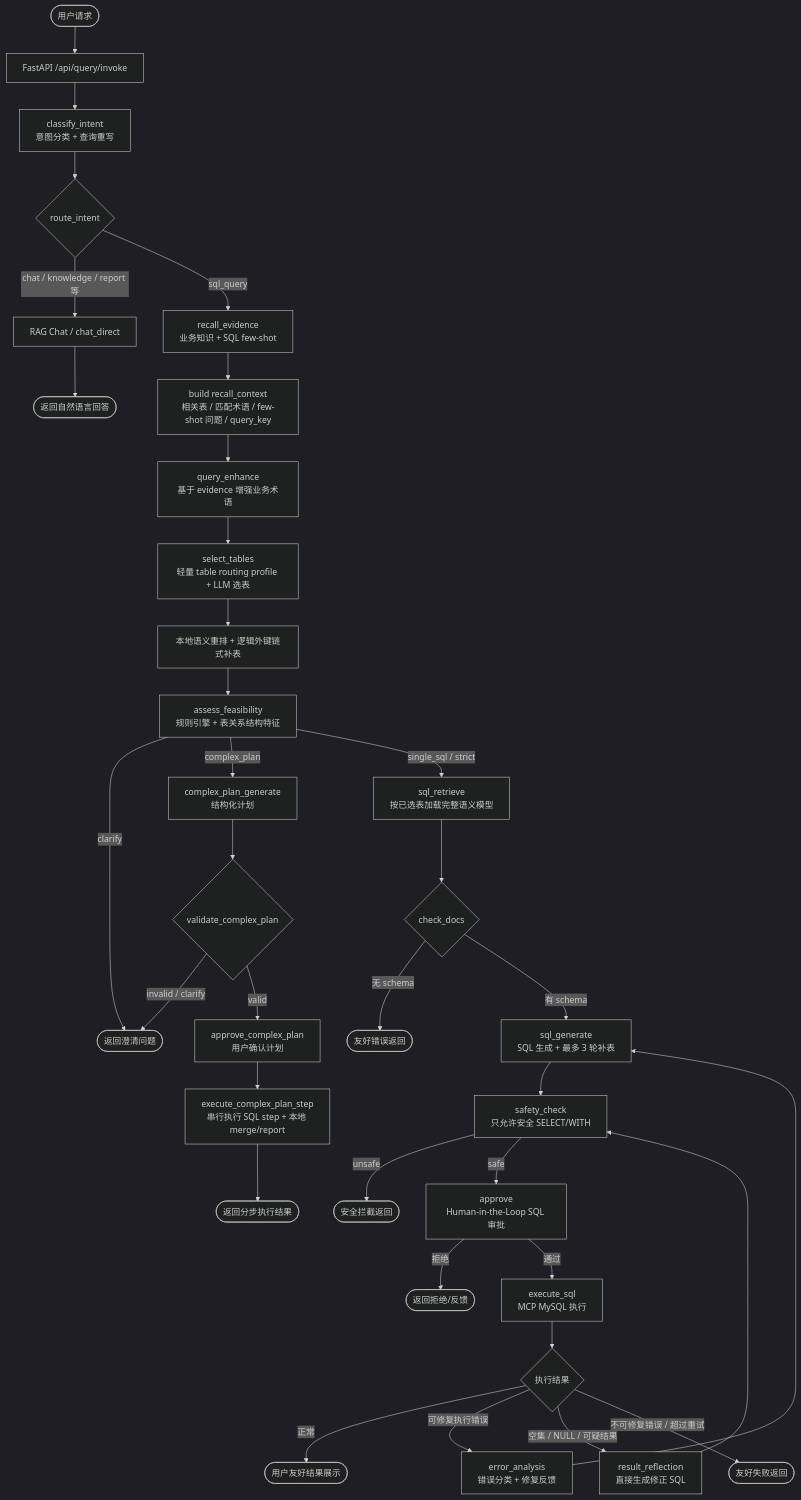
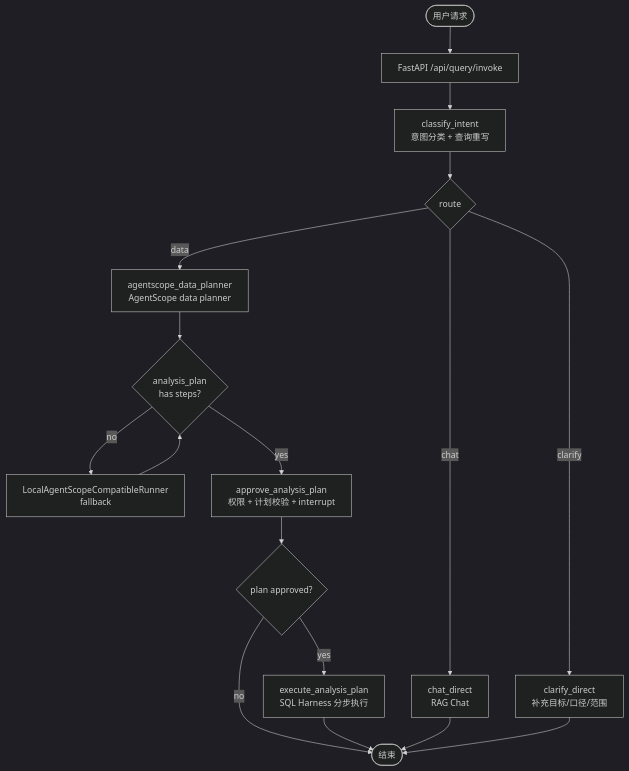
One commit to liangyuzhe/financial-copilot-platform changed the diagram in README.md. Above: the diagram before and after it, drawn with Mermaid (dark theme). The commit also changed other lines of this file and 184 other files, not shown here.

````diff
--- a/README.md
+++ b/README.md
@@ -96,42 +94,22 @@
 ```mermaid
 flowchart TD
     Start([用户请求]) --> API[FastAPI /api/query/invoke]
     API --> Classify[classify_intent<br/>意图分类 + 查询重写]
-    Classify --> Route{route_intent}
+    Classify --> Route{route}
 
-    Route -->|chat / knowledge / report 等| RagChat[RAG Chat / chat_direct]
-    RagChat --> ChatEnd([返回自然语言回答])
+    Route -->|chat| Chat[chat_direct<br/>RAG Chat]
+    Route -->|clarify| Clarify[clarify_direct<br/>补充目标/口径/范围]
+    Route -->|data| Planner[agentscope_data_planner<br/>AgentScope data planner]
 
-    Route -->|sql_query| Recall[recall_evidence<br/>业务知识 + SQL few-shot]
-    Recall --> RecallCtx[build recall_context<br/>相关表 / 匹配术语 / few-shot 问题 / query_key]
-    RecallCtx --> Enhance[query_enhance<br/>基于 evidence 增强业务术语]
-    Enhance --> Select[select_tables<br/>轻量 table routing profile + LLM 选表]
-    Select --> Rerank[本地语义重排 + 逻辑外键链式补表]
-    Rerank --> Feasible[assess_feasibility<br/>规则引擎 + 表关系结构特征]
+    Planner --> PlanCheck{analysis_plan<br/>has steps?}
+    PlanCheck -->|no| Fallback[LocalAgentScopeCompatibleRunner<br/>fallback]
+    Fallback --> PlanCheck
+    PlanCheck -->|yes| ApprovePlan[approve_analysis_plan<br/>权限 + 计划校验 + interrupt]
+    ApprovePlan --> Approved{plan approved?}
+    Approved -->|yes| ExecutePlan[execute_analysis_plan<br/>SQL Harness 分步执行]
+    Approved -->|no| End([结束])
+    ExecutePlan --> End
 
-    Feasible -->|clarify| Clarify([返回澄清问题])
-    Feasible -->|complex_plan| PlanGen[complex_plan_generate<br/>结构化计划]
-    PlanGen --> PlanCheck{validate_complex_plan}
-    PlanCheck -->|invalid / clarify| Clarify
-    PlanCheck -->|valid| PlanApprove[approve_complex_plan<br/>用户确认计划]
-    PlanApprove --> PlanExec[execute_complex_plan_step<br/>串行执行 SQL step + 本地 merge/report]
-    PlanExec --> PlanEnd([返回分步执行结果])
-
-    Feasible -->|single_sql / strict| Retrieve[sql_retrieve<br/>按已选表加载完整语义模型]
-    Retrieve --> CheckDocs{check_docs}
-    CheckDocs -->|无 schema| NoSchema([友好错误返回])
-    CheckDocs -->|有 schema| Generate[sql_generate<br/>SQL 生成 + 最多 3 轮补表]
-    Generate --> Safety[safety_check<br/>只允许安全 SELECT/WITH]
-    Safety -->|unsafe| Unsafe([安全拦截返回])
-    Safety -->|safe| Approve[approve<br/>Human-in-the-Loop SQL 审批]
-    Approve -->|拒绝| Rejected([返回拒绝/反馈])
-    Approve -->|通过| Execute[execute_sql<br/>MCP MySQL 执行]
-
-    Execute --> ExecRoute{执行结果}
-    ExecRoute -->|正常| Done([用户友好结果展示])
-    ExecRoute -->|可修复执行错误| ErrorAnalysis[error_analysis<br/>错误分类 + 修复反馈]
-    ErrorAnalysis --> Generate
-    ExecRoute -->|空集 / NULL / 可疑结果| Reflection[result_reflection<br/>直接生成修正 SQL]
-    Reflection --> Safety
-    ExecRoute -->|不可修复错误 / 超过重试| Failed([友好失败返回])
+    Chat --> End
+    Clarify --> End
 ```
````
